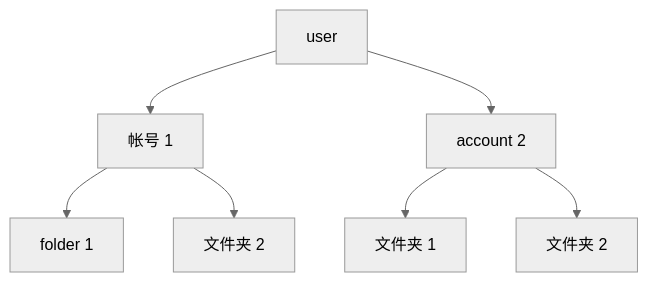
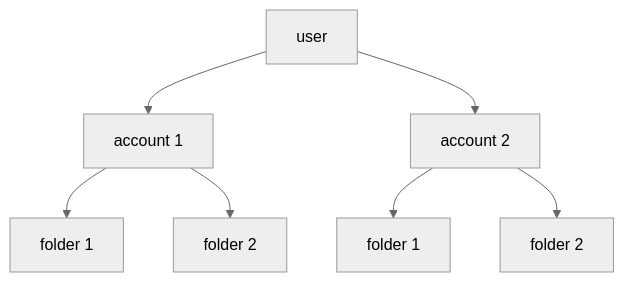
One commit to leungsekyu/leungsekyu-blog changed the diagram in src/content/blog/hoh-frontend-1.md. Above: the diagram before and after it, drawn with Mermaid (neutral theme). The commit also changed other lines of this file and 6 other files, not shown here.

Commit message:
chore: 放弃了 Mermaid 客户端渲染（体验不好），并修整了项目文件

````diff
--- a/src/content/blog/hoh-frontend-1.md
+++ b/src/content/blog/hoh-frontend-1.md
@@ -48,12 +48,12 @@
 ```mermaid
 graph TD
   A[user]
-    B[帐号 1]
+    B[account 1]
       B --> B1[folder 1]
-      B --> B2[文件夹 2]
+      B --> B2[folder 2]
     C[account 2]
-      C --> C1[文件夹 1]
-      C --> C2[文件夹 2]
+      C --> C1[folder 1]
+      C --> C2[folder 2]
   A --> B
   A --> C
 ```
````
